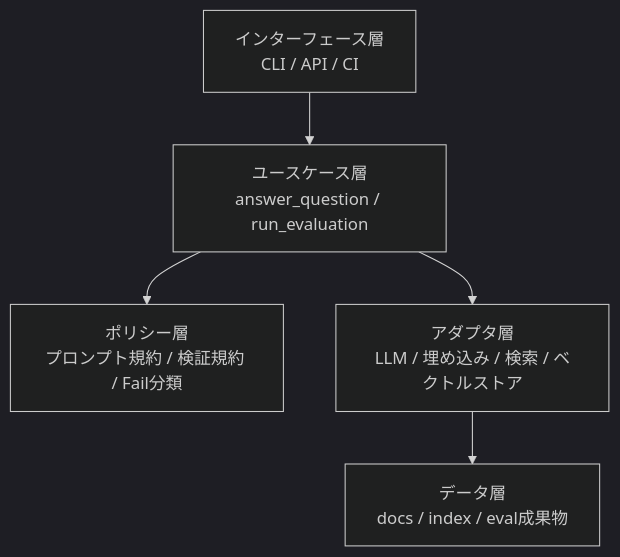
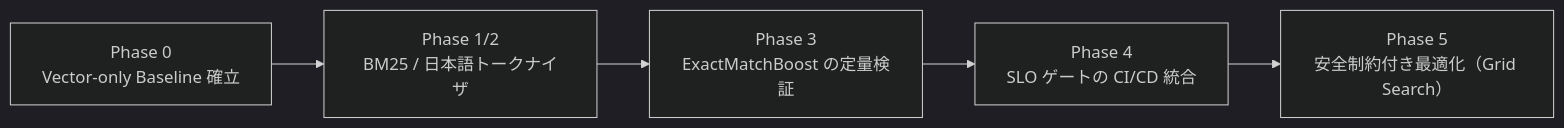
Before and after one commit to mlprototype/spec-rag-qa: the third of 4 diagrams in README.md, drawn with Mermaid (dark theme). The commit also changed other lines of this file and 28 other files, not shown here.

````diff
--- a/README.md
+++ b/README.md
@@ -32,7 +140,4 @@
 ```mermaid
-flowchart TB
-  I["インターフェース層<br/>CLI / API / CI"] --> U["ユースケース層<br/>answer_question / run_evaluation"]
-  U --> P["ポリシー層<br/>プロンプト規約 / 検証規約 / Fail分類"]
-  U --> A["アダプタ層<br/>LLM / 埋め込み / 検索 / ベクトルストア"]
-  A --> D["データ層<br/>docs / index / eval成果物"]
+flowchart LR
+  P0["Phase 0<br/>Vector-only Baseline 確立"] --> P12["Phase 1/2<br/>BM25 / 日本語トークナイザ"] --> P3["Phase 3<br/>ExactMatchBoost の定量検証"] --> P4["Phase 4<br/>SLO ゲートの CI/CD 統合"] --> P5["Phase 5<br/>安全制約付き最適化（Grid Search）"]
 ```
````
